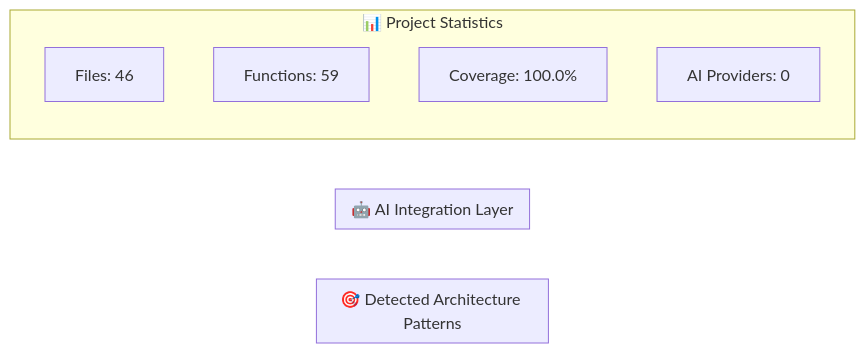
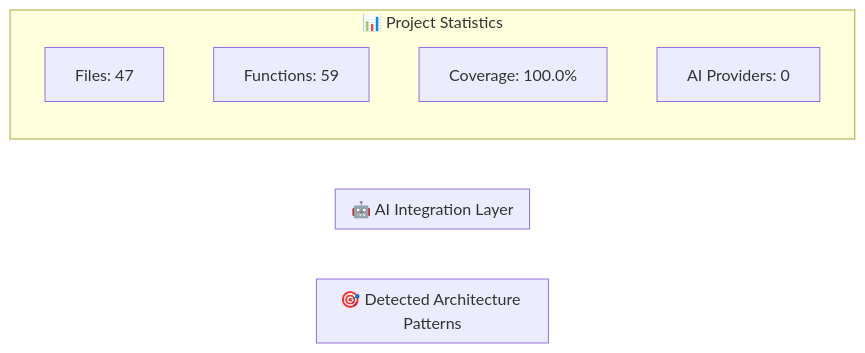
Before and after one commit to Spitfire-Products/Arkival-V4: the second of 4 diagrams in ARCHITECTURE_DIAGRAM.md, drawn with Mermaid. The commit also changed other lines of this file and 15 other files, not shown here.

````diff
--- a/ARCHITECTURE_DIAGRAM.md
+++ b/ARCHITECTURE_DIAGRAM.md
@@ -38,17 +38,17 @@
 ```mermaid
 graph LR
     subgraph "🎯 Detected Architecture Patterns"
         
     end
 
     subgraph "🤖 AI Integration Layer"
         
     end
 
     subgraph "📊 Project Statistics"
-        STATS1[Files: 46]
+        STATS1[Files: 47]
         STATS2[Functions: 59]
         STATS3[Coverage: 100.0%]
         STATS4[AI Providers: 0]
     end
 ```
````
